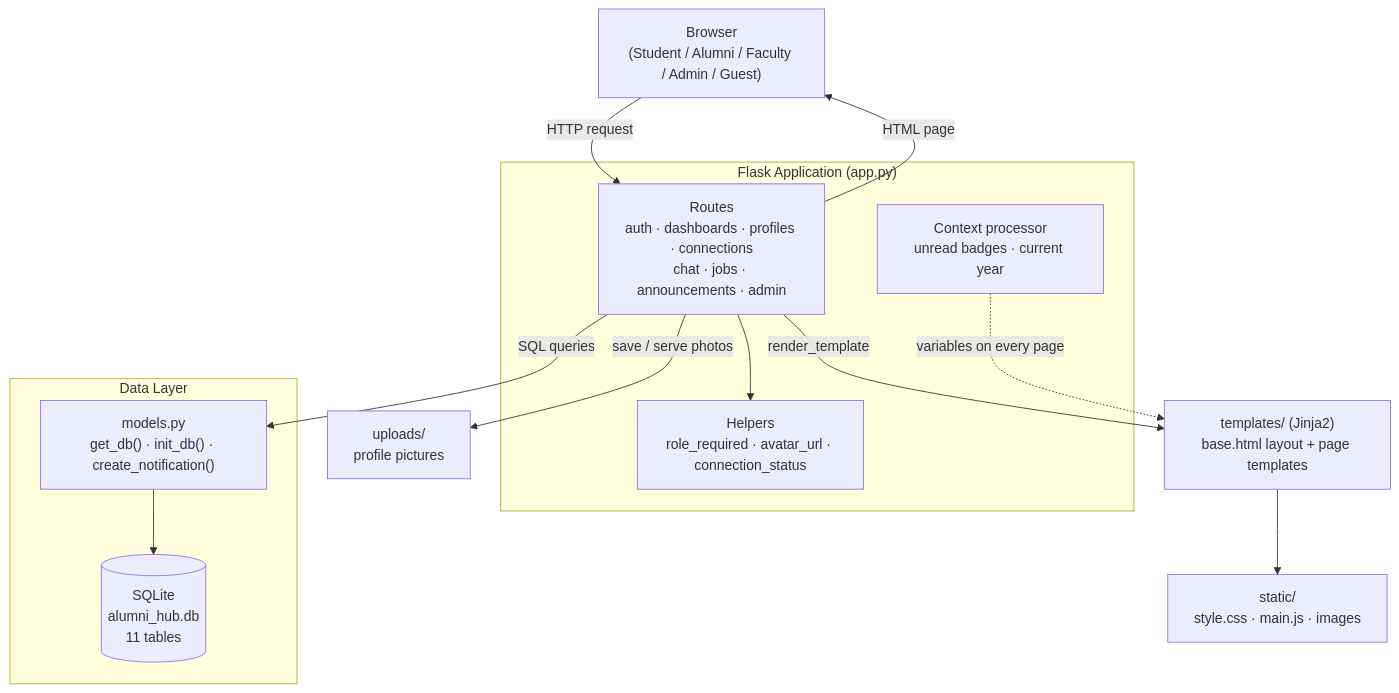
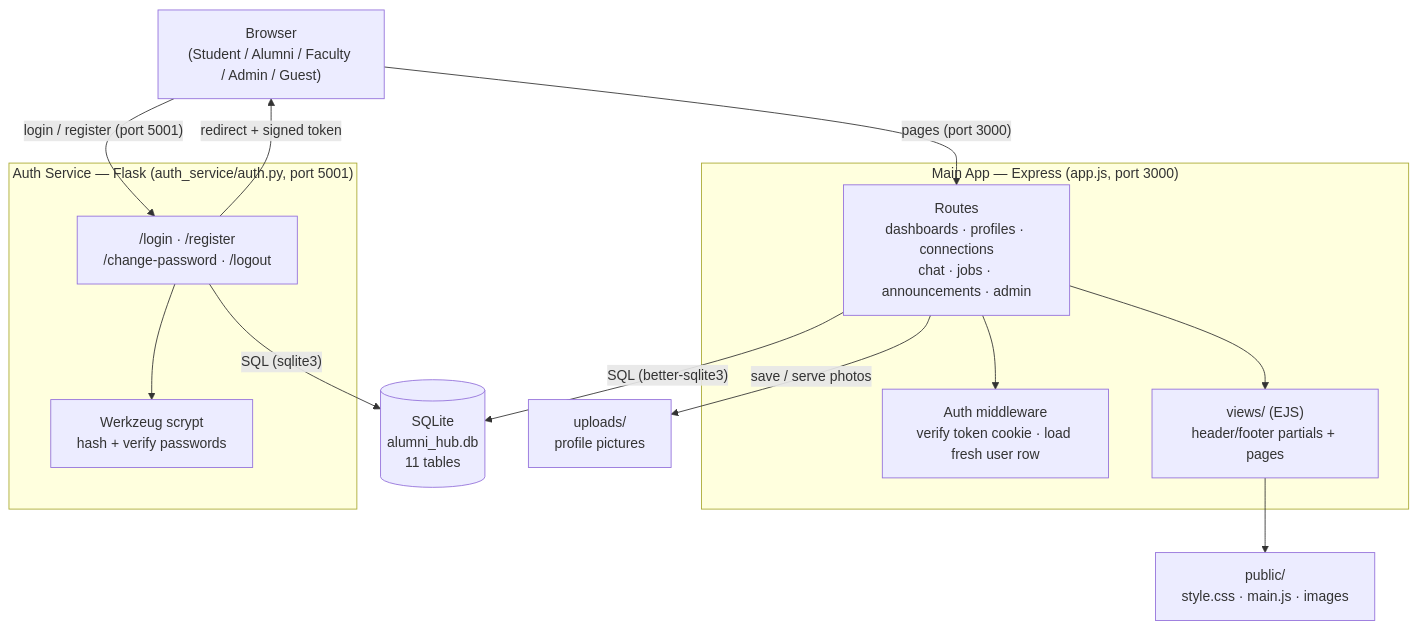
Before and after one commit to RajenderMohanVerma/alumni_hub: the first of 2 diagrams in docs/ARCHITECTURE.md, drawn with Mermaid. The commit also changed other lines of this file and 51 other files, not shown here.

Commit message:
feat: convert to hybrid - Express (JavaScript) main app + Flask auth service

````diff
--- a/docs/ARCHITECTURE.md
+++ b/docs/ARCHITECTURE.md
@@ -19,26 +33,27 @@
 ```mermaid
 flowchart TB
     U["Browser<br/>(Student / Alumni / Faculty / Admin / Guest)"]
-    subgraph Flask["Flask Application (app.py)"]
-        R["Routes<br/>auth · dashboards · profiles · connections<br/>chat · jobs · announcements · admin"]
-        H["Helpers<br/>role_required · avatar_url · connection_status"]
-        CTX["Context processor<br/>unread badges · current year"]
+    subgraph Main["Main App — Express (app.js, port 3000)"]
+        R["Routes<br/>dashboards · profiles · connections<br/>chat · jobs · announcements · admin"]
+        MW["Auth middleware<br/>verify token cookie · load fresh user row"]
+        V["views/ (EJS)<br/>header/footer partials + pages"]
     end
-    subgraph Data["Data Layer"]
-        M["models.py<br/>get_db() · init_db() · create_notification()"]
-        DB[("SQLite<br/>alumni_hub.db<br/>11 tables")]
+    subgraph Auth["Auth Service — Flask (auth_service/auth.py, port 5001)"]
+        A["/login · /register<br/>/change-password · /logout"]
+        W["Werkzeug scrypt<br/>hash + verify passwords"]
     end
-    T["templates/ (Jinja2)<br/>base.html layout + page templates"]
-    S["static/<br/>style.css · main.js · images"]
+    DB[("SQLite<br/>alumni_hub.db<br/>11 tables")]
+    P["public/<br/>style.css · main.js · images"]
     UP["uploads/<br/>profile pictures"]
 
-    U -->|"HTTP request"| R
-    R -->|"render_template"| T
-    T --> S
-    R --> H
-    R -->|"SQL queries"| M
-    M --> DB
+    U -->|"pages (port 3000)"| R
+    U -->|"login / register (port 5001)"| A
+    R --> MW
+    R --> V
+    V --> P
+    R -->|"SQL (better-sqlite3)"| DB
+    A -->|"SQL (sqlite3)"| DB
+    A --> W
+    A -->|"redirect + signed token"| U
     R -->|"save / serve photos"| UP
-    R -->|"HTML page"| U
-    CTX -.->|"variables on every page"| T
 ```
````
